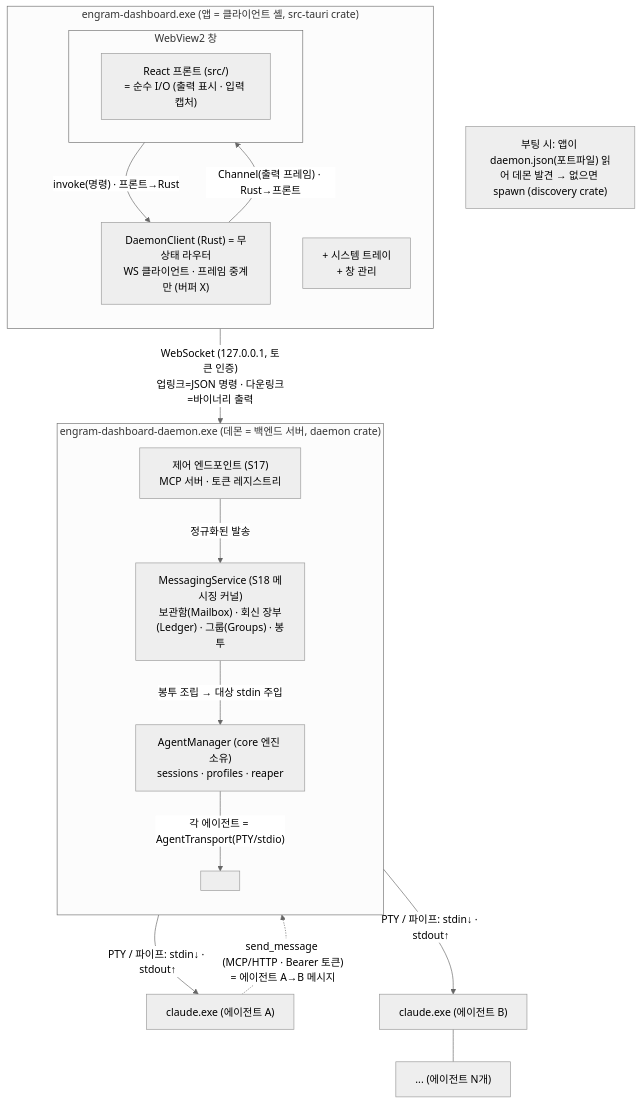
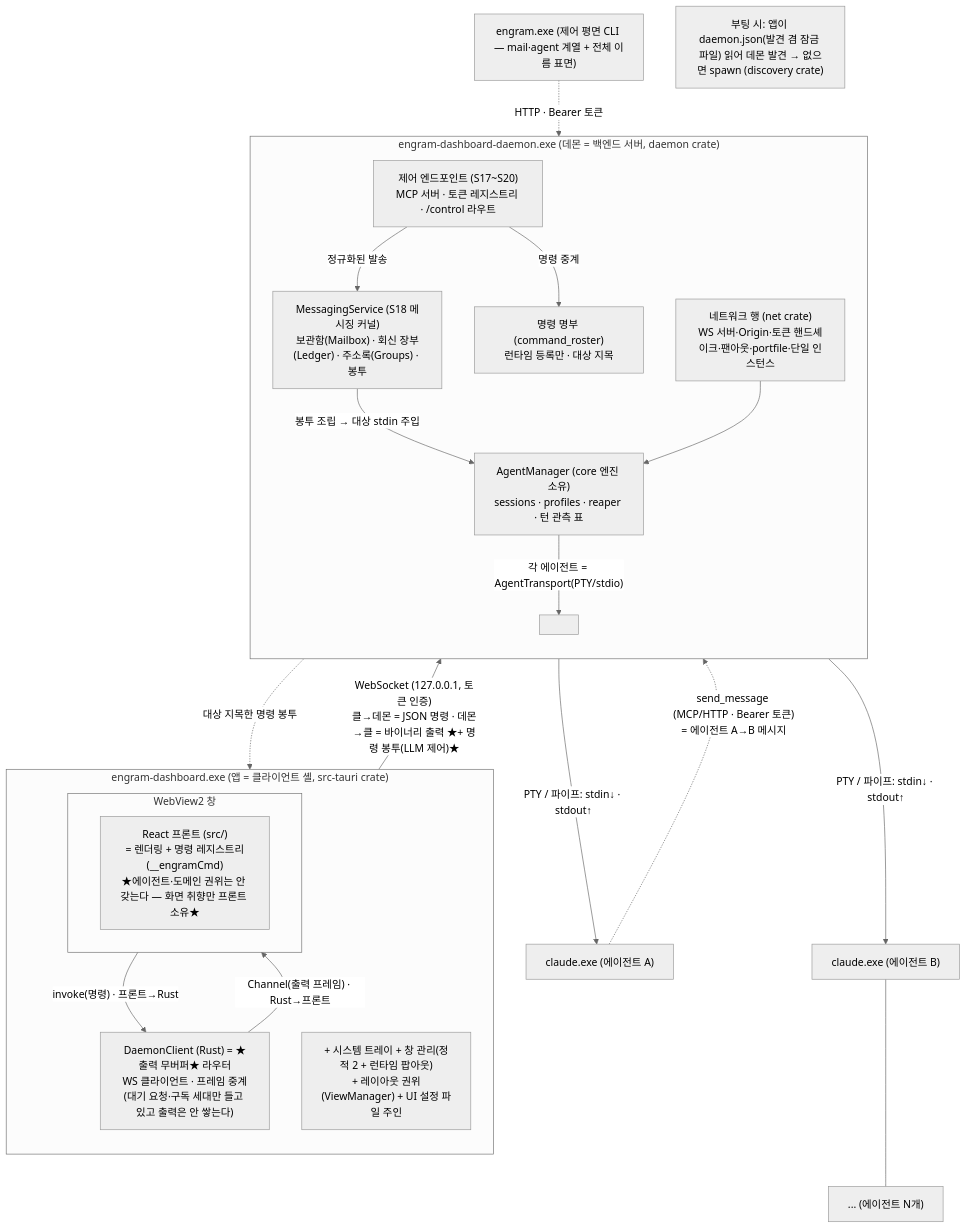
One commit to kimsunzun/engram-dashboard changed the first of 20 diagrams in docs/reference/architecture-overview.md. Above: the diagram before and after it, drawn with Mermaid (neutral theme). The commit also changed other lines of this file and 2 other files, not shown here.

````diff
--- a/docs/reference/architecture-overview.md
+++ b/docs/reference/architecture-overview.md
@@ -38,31 +38,37 @@
 ```mermaid
 flowchart TD
   subgraph APP["engram-dashboard.exe (앱 = 클라이언트 셸, src-tauri crate)"]
     direction TB
     subgraph WV["WebView2 창"]
-      WVc["React 프론트 (src/)<br/>= 순수 I/O (출력 표시 · 입력 캡처)"]
+      WVc["React 프론트 (src/)<br/>= 렌더링 + 명령 레지스트리(__engramCmd)<br/>★에이전트·도메인 권위는 안 갖는다 — 화면 취향만 프론트 소유★"]
     end
-    EXTRA["+ 시스템 트레이<br/>+ 창 관리"]
-    DC["DaemonClient (Rust) = 무상태 라우터<br/>WS 클라이언트 · 프레임 중계만 (버퍼 X)"]
+    EXTRA["+ 시스템 트레이 + 창 관리(정적 2 + 런타임 팝아웃)<br/>+ 레이아웃 권위(ViewManager) + UI 설정 파일 주인"]
+    DC["DaemonClient (Rust) = ★출력 무버퍼★ 라우터<br/>WS 클라이언트 · 프레임 중계<br/>(대기 요청·구독 세대만 들고 있고 출력은 안 쌓는다)"]
     WV -->|"invoke(명령) · 프론트→Rust"| DC
     DC -->|"Channel(출력 프레임) · Rust→프론트"| WV
   end
 
   subgraph DAEMON["engram-dashboard-daemon.exe (데몬 = 백엔드 서버, daemon crate)"]
     direction TB
-    AM["AgentManager (core 엔진 소유)<br/>sessions · profiles · reaper"]
-    CTL["제어 엔드포인트 (S17)<br/>MCP 서버 · 토큰 레지스트리"]
-    MSGK["MessagingService (S18 메시징 커널)<br/>보관함(Mailbox) · 회신 장부(Ledger) · 그룹(Groups) · 봉투"]
+    AM["AgentManager (core 엔진 소유)<br/>sessions · profiles · reaper · 턴 관측 표"]
+    NET["네트워크 행 (net crate)<br/>WS 서버·Origin·토큰 핸드셰이크·팬아웃·portfile·단일 인스턴스"]
+    CTL["제어 엔드포인트 (S17~S20)<br/>MCP 서버 · 토큰 레지스트리 · /control 라우트"]
+    ROSTER["명령 명부 (command_roster)<br/>런타임 등록만 · 대상 지목"]
+    MSGK["MessagingService (S18 메시징 커널)<br/>보관함(Mailbox) · 회신 장부(Ledger) · 주소록(Groups) · 봉투"]
     CTL -->|"정규화된 발송"| MSGK
     MSGK -->|"봉투 조립 → 대상 stdin 주입"| AM
+    CTL -->|"명령 중계"| ROSTER
     AM -->|"각 에이전트 = AgentTransport(PTY/stdio)"| TR[" "]
   end
 
-  DC -->|"WebSocket (127.0.0.1, 토큰 인증)<br/>업링크=JSON 명령 · 다운링크=바이너리 출력"| AM
+  DC -->|"WebSocket (127.0.0.1, 토큰 인증)<br/>클→데몬 = JSON 명령 · 데몬→클 = 바이너리 출력 ★+ 명령 봉투(LLM 제어)★"| NET
+  NET --> AM
+  ROSTER -.->|"대상 지목한 명령 봉투"| DC
   DAEMON -->|"PTY / 파이프: stdin↓ · stdout↑"| A1["claude.exe (에이전트 A)"]
   DAEMON -->|"PTY / 파이프: stdin↓ · stdout↑"| A2["claude.exe (에이전트 B)"]
   A2 --- AN["... (에이전트 N개)"]
   A1 -.->|"send_message (MCP/HTTP · Bearer 토큰)<br/>= 에이전트 A→B 메시지"| CTL
+  CLI["engram.exe (제어 평면 CLI — mail·agent 계열 + 전체 이름 표면)"] -.->|"HTTP · Bearer 토큰"| CTL
 
-  BOOT["부팅 시: 앱이 daemon.json(포트파일) 읽어 데몬 발견 → 없으면 spawn (discovery crate)"]
+  BOOT["부팅 시: 앱이 daemon.json(발견 겸 잠금 파일) 읽어 데몬 발견 → 없으면 spawn (discovery crate)"]
 ```
````
